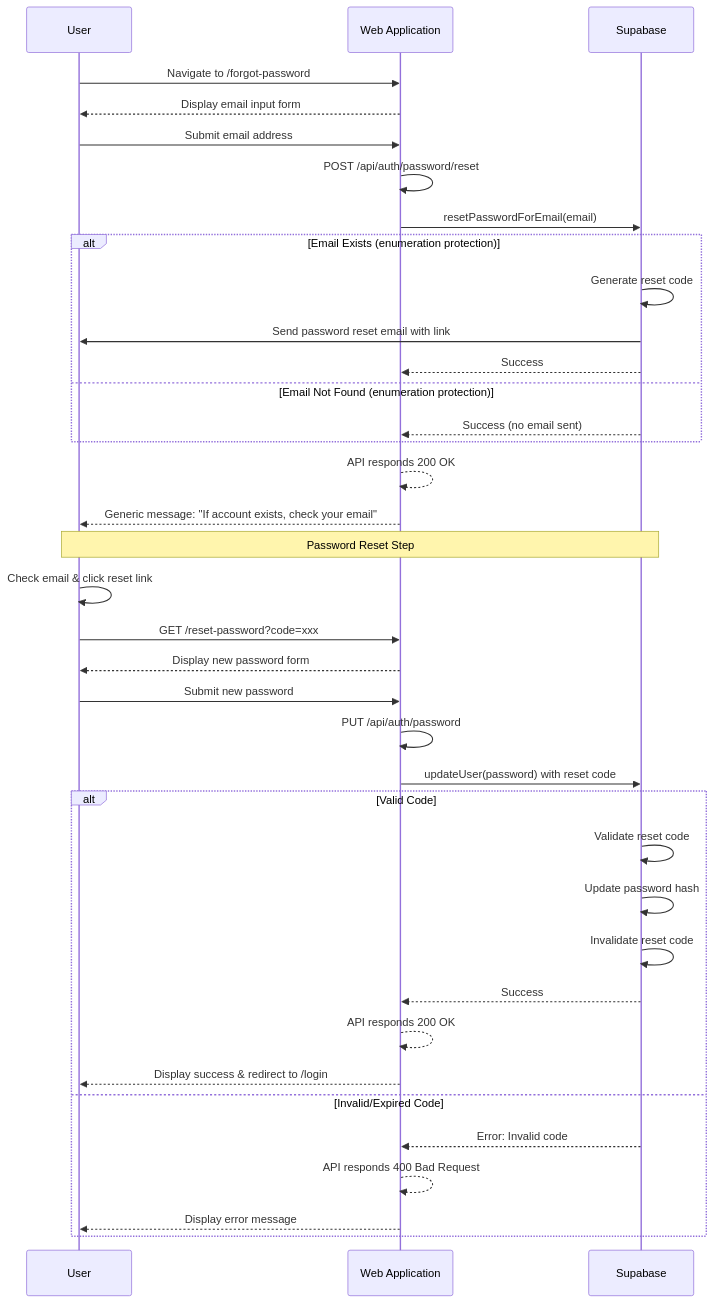
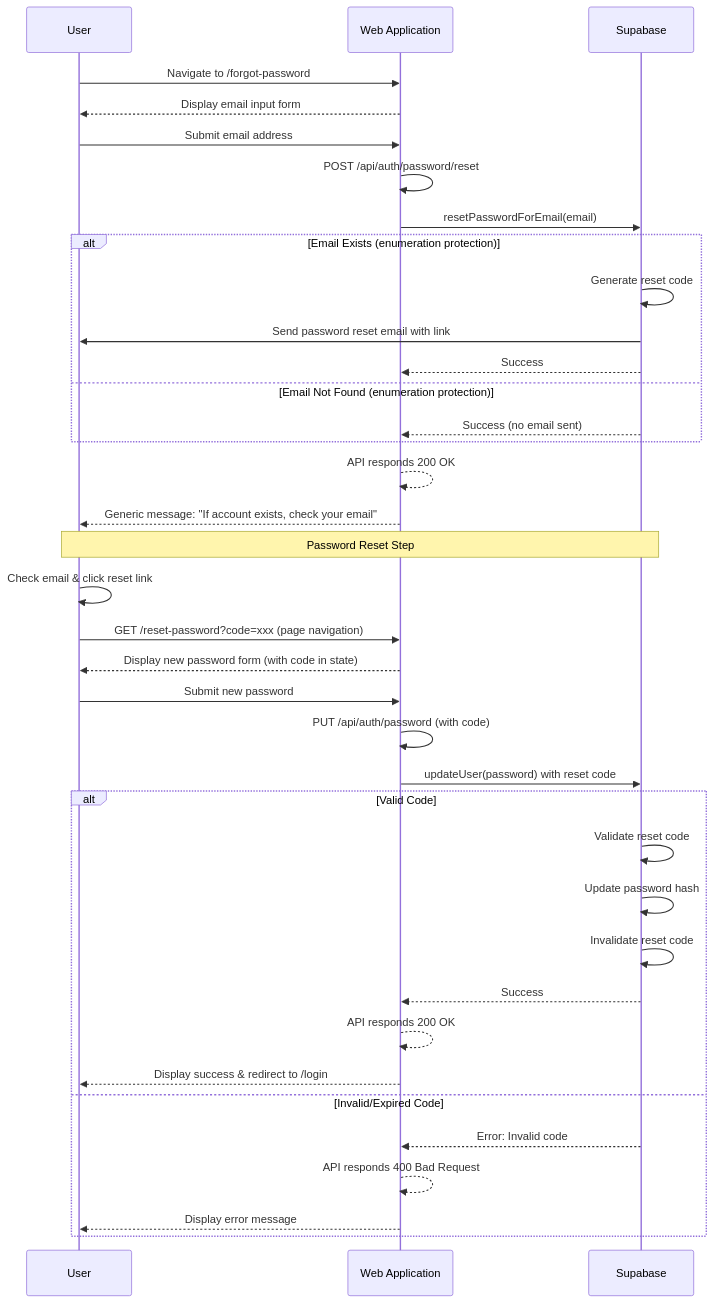
The third of 3 diagrams in docs/decisions/auth-sequence-diagrams.md (allev1985/topten), drawn with Mermaid before and after one commit. The commit also changed other lines of this file, not shown here.

First line of the commit message:
fix: Clarify distinction between web pages and API endpoints

````diff
--- a/docs/decisions/auth-sequence-diagrams.md
+++ b/docs/decisions/auth-sequence-diagrams.md
@@ -80,47 +81,47 @@
 ```mermaid
 sequenceDiagram
     participant User
     participant WebApp as Web Application
     participant Supabase
 
     User->>WebApp: Navigate to /forgot-password
     WebApp-->>User: Display email input form
 
     User->>WebApp: Submit email address
     WebApp->>WebApp: POST /api/auth/password/reset
     WebApp->>Supabase: resetPasswordForEmail(email)
 
     alt Email Exists (enumeration protection)
         Supabase->>Supabase: Generate reset code
         Supabase->>User: Send password reset email with link
         Supabase-->>WebApp: Success
     else Email Not Found (enumeration protection)
         Supabase-->>WebApp: Success (no email sent)
     end
 
     WebApp-->>WebApp: API responds 200 OK
     WebApp-->>User: Generic message: "If account exists, check your email"
 
     Note over User,Supabase: Password Reset Step
 
     User->>User: Check email & click reset link
-    User->>WebApp: GET /reset-password?code=xxx
-    WebApp-->>User: Display new password form
+    User->>WebApp: GET /reset-password?code=xxx (page navigation)
+    WebApp-->>User: Display new password form (with code in state)
 
     User->>WebApp: Submit new password
-    WebApp->>WebApp: PUT /api/auth/password
+    WebApp->>WebApp: PUT /api/auth/password (with code)
     WebApp->>Supabase: updateUser(password) with reset code
 
     alt Valid Code
         Supabase->>Supabase: Validate reset code
         Supabase->>Supabase: Update password hash
         Supabase->>Supabase: Invalidate reset code
         Supabase-->>WebApp: Success
         WebApp-->>WebApp: API responds 200 OK
         WebApp-->>User: Display success & redirect to /login
     else Invalid/Expired Code
         Supabase-->>WebApp: Error: Invalid code
         WebApp-->>WebApp: API responds 400 Bad Request
         WebApp-->>User: Display error message
     end
 ```
````
